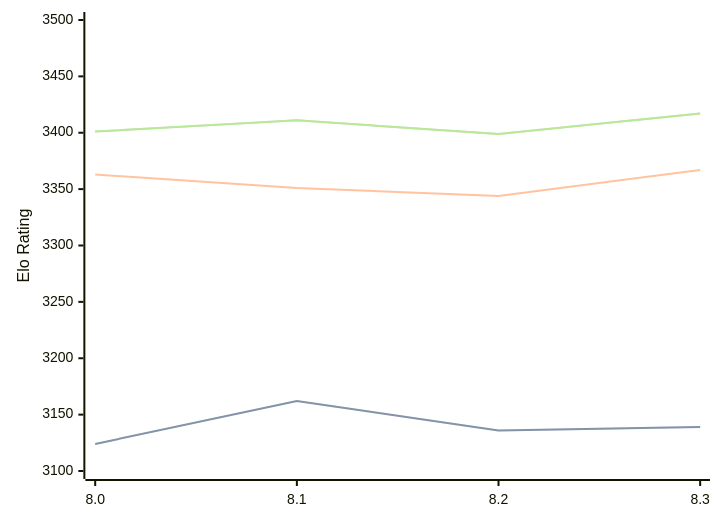
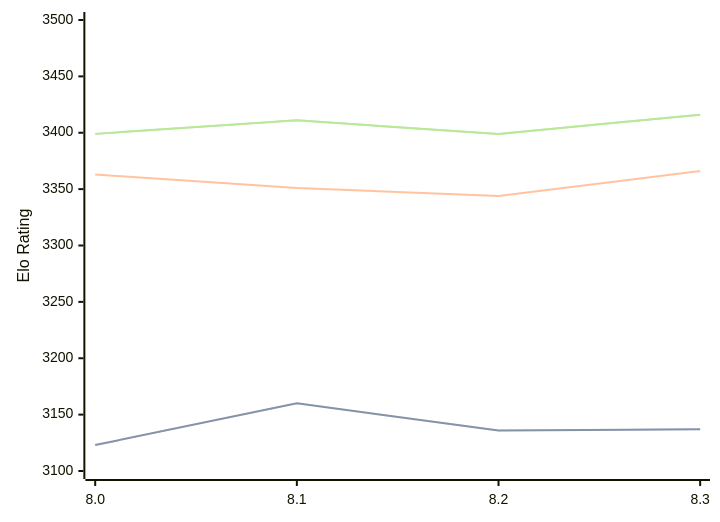
Before and after one commit to computer-chess-index/cci: the diagram in engines/Alexander.md, drawn with Mermaid. The commit also changed other lines of this file, not shown here.

Commit message:
Update CCI Ratings (ELO VLTC) - 2026-06-12

````diff
--- a/engines/Alexander.md
+++ b/engines/Alexander.md
@@ -48,11 +48,11 @@
 ```mermaid
 %%{init: {"theme":"base","themeVariables":{"seriesColors:['#a3a3a3','#222221','#faa371']}}}%%
 xychart-beta
   x-axis ["8.0", "8.1", "8.2", "8.3"]
   y-axis "Elo Rating" 3100 --> 3500
-  line "STC (8.0+0.08s)" [3124, 3162, 3136, 3139]
-  line "STC (8.0+0.08s)" [3124, 3162, 3136, 3139]
-  line "LTC (60.0+0.60s)" [3363, 3351, 3344, 3367]
-  line "VLTC (2m24s+1.12s)" [3401, 3411, 3399, 3417]
-  line "VLTC (2m24s+1.12s)" [3401, 3411, 3399, 3417]
+  line "STC (8.0+0.08s)" [3123, 3160, 3136, 3137]
+  line "STC (8.0+0.08s)" [3123, 3160, 3136, 3137]
+  line "LTC (60.0+0.60s)" [3363, 3351, 3344, 3366]
+  line "VLTC (2m24s+1.12s)" [3399, 3411, 3399, 3416]
+  line "VLTC (2m24s+1.12s)" [3399, 3411, 3399, 3416]
 ```
````
